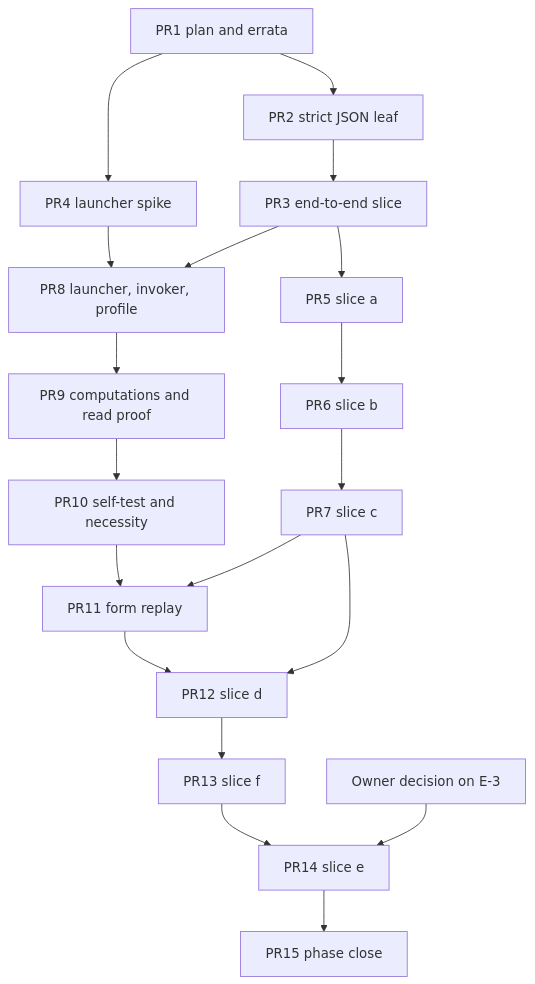
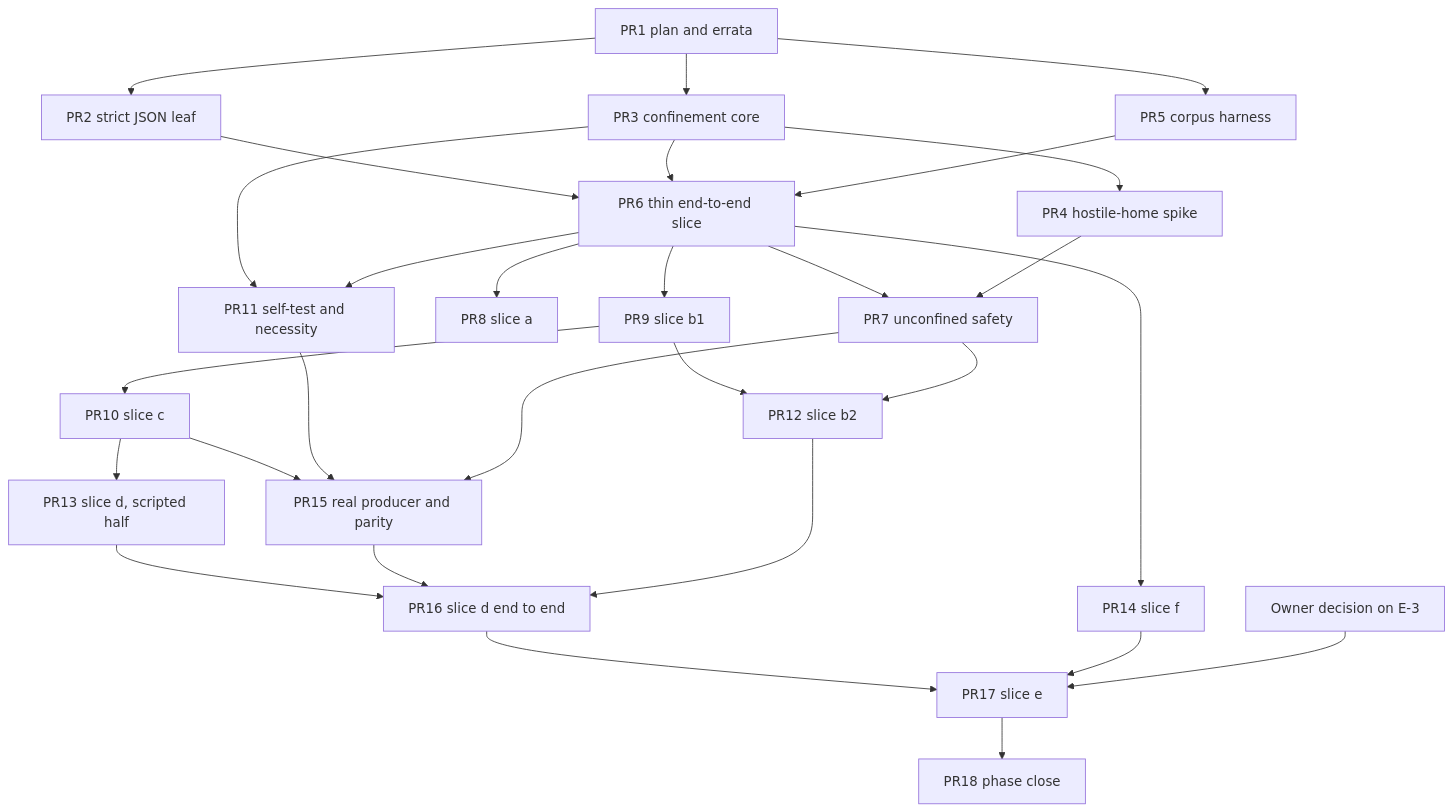
The diagram in docs/plans/2026-11-24-2115-feat-grade-command-plan.md (vinnyp/press-quality-lab), drawn with Mermaid before and after one commit. The commit also changed other lines of this file and 1 other file, not shown here.

First line of the commit message:
docs: rebuild the phase 3 plan around the bake-off's approach

````diff
--- a/docs/plans/2026-11-24-2115-feat-grade-command-plan.md
+++ b/docs/plans/2026-11-24-2115-feat-grade-command-plan.md
@@ -176,21 +310,31 @@
 ```mermaid
 flowchart TB
   P[PR1 plan and errata] --> J[PR2 strict JSON leaf]
-  P --> L[PR4 launcher spike]
-  J --> S[PR3 end-to-end slice]
-  S --> A[PR5 slice a]
-  A --> B[PR6 slice b]
-  B --> C[PR7 slice c]
-  L --> D1[PR8 launcher, invoker, profile]
-  S --> D1
-  D1 --> D2[PR9 computations and read proof]
-  D2 --> D3[PR10 self-test and necessity]
-  D3 --> D4[PR11 form replay]
-  C --> D4
-  D4 --> D[PR12 slice d]
-  C --> D
-  D --> F[PR13 slice f]
-  F --> E[PR14 slice e]
+  P --> K[PR3 confinement core]
+  P --> H[PR5 corpus harness]
+  K --> S1[PR4 hostile-home spike]
+  J --> T[PR6 thin end-to-end slice]
+  K --> T
+  H --> T
+  T --> U[PR7 unconfined safety]
+  S1 --> U
+  T --> A[PR8 slice a]
+  T --> B1[PR9 slice b1]
+  B1 --> C[PR10 slice c]
+  K --> ST[PR11 self-test and necessity]
+  T --> ST
+  B1 --> B2[PR12 slice b2]
+  U --> B2
+  C --> DS[PR13 slice d, scripted half]
+  T --> F[PR14 slice f]
+  C --> RP[PR15 real producer and parity]
+  ST --> RP
+  U --> RP
+  DS --> D[PR16 slice d end to end]
+  RP --> D
+  B2 --> D
+  D --> E[PR17 slice e]
+  F --> E
   O[Owner decision on E-3] --> E
-  E --> Z[PR15 phase close]
+  E --> Z[PR18 phase close]
 ```
````
